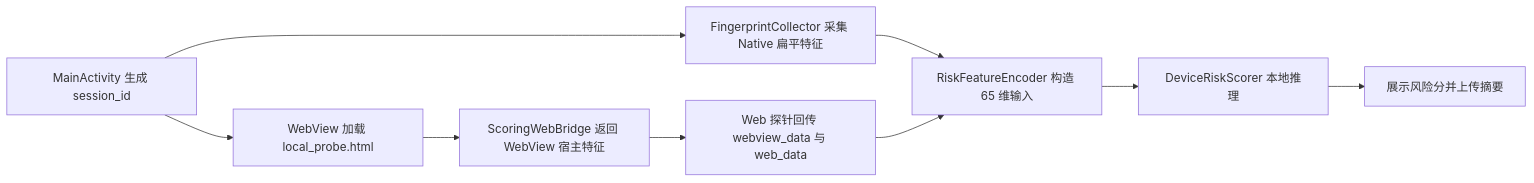
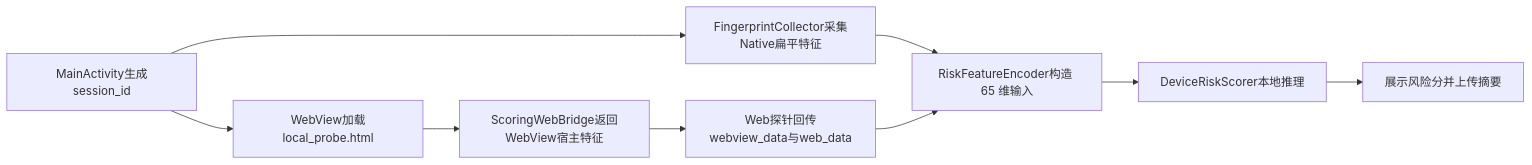
Before and after one commit to Xavi-L/RBA-Cross-Device-Fingerprint: the diagram in thesis_materials/chapter3_module_implementation.md, drawn with Mermaid. The commit also changed other lines of this file and 28 other files, not shown here.

````diff
--- a/thesis_materials/chapter3_module_implementation.md
+++ b/thesis_materials/chapter3_module_implementation.md
@@ -168,16 +168,16 @@
 ```mermaid
 flowchart LR
-    A["MainActivity 生成 session_id"]
-    B["FingerprintCollector 采集 Native 扁平特征"]
-    C["WebView 加载 local_probe.html"]
-    D["ScoringWebBridge 返回 WebView 宿主特征"]
-    E["Web 探针回传 webview_data 与 web_data"]
-    F["RiskFeatureEncoder 构造 65 维输入"]
-    G["DeviceRiskScorer 本地推理"]
+    A["MainActivity生成session_id"]
+    B["FingerprintCollector采集Native扁平特征"]
+    C["WebView加载local_probe.html"]
+    D["ScoringWebBridge返回WebView宿主特征"]
+    E["Web探针回传webview_data与web_data"]
+    F["RiskFeatureEncoder构造 65 维输入"]
+    G["DeviceRiskScorer本地推理"]
     H["展示风险分并上传摘要"]
 
     A --> B
     A --> C --> D --> E
     B --> F
     E --> F --> G --> H
 ```
````
